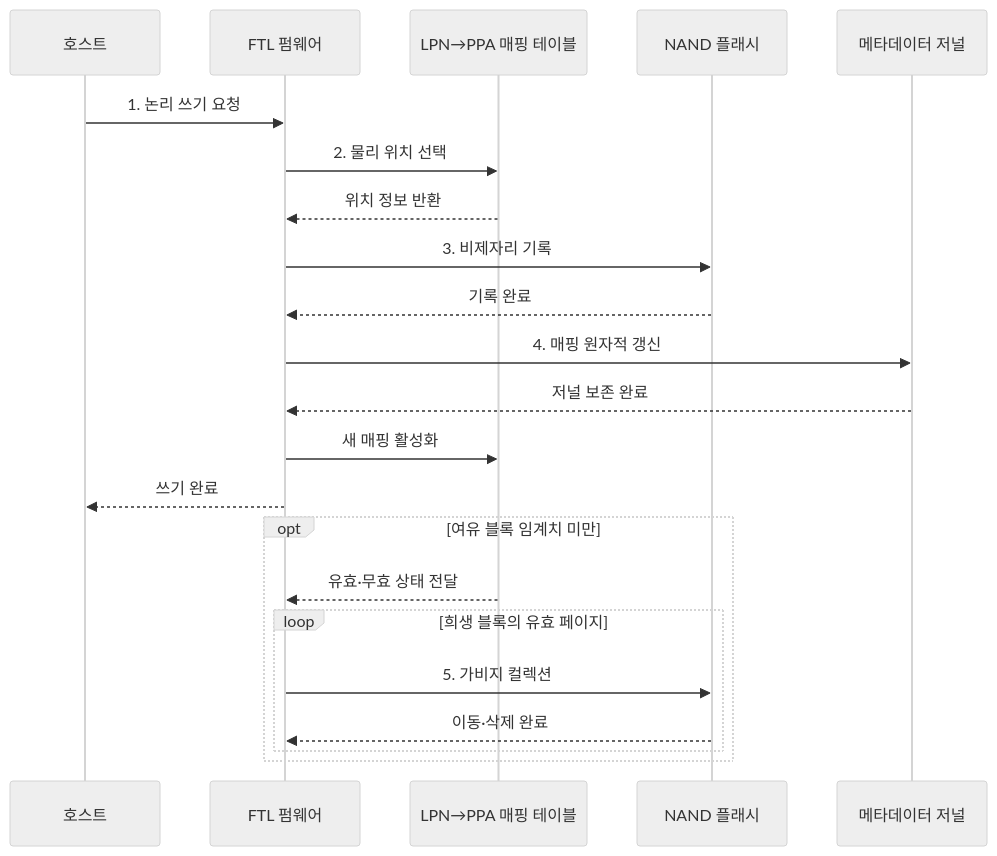
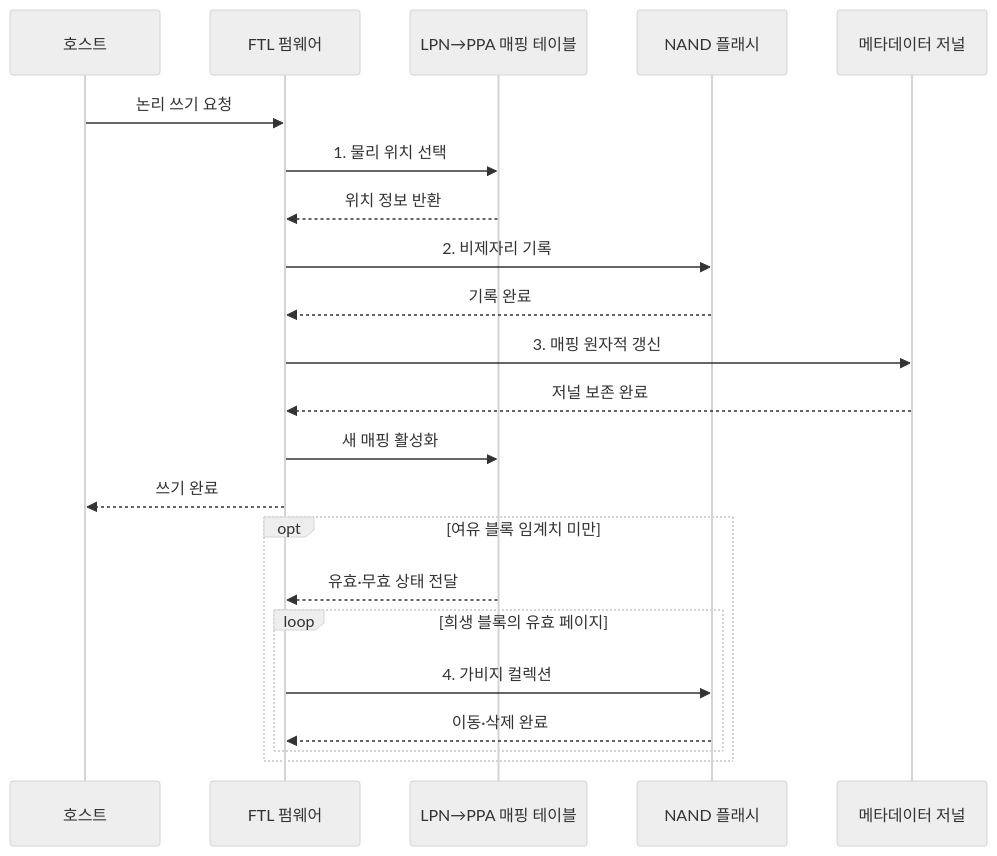
The second of 2 diagrams in src/content/docs/notes/02-hardware/030_ssd_ftl.md (agnusdei1207/knowledge-base), drawn with Mermaid (neutral theme) before and after one commit. The commit also changed other lines of this file and 20 other files, not shown here.

````diff
--- a/src/content/docs/notes/02-hardware/030_ssd_ftl.md
+++ b/src/content/docs/notes/02-hardware/030_ssd_ftl.md
@@ -96,25 +96,25 @@
 ```mermaid
 sequenceDiagram
     participant H as 호스트
     participant F as FTL 펌웨어
     participant M as LPN→PPA 매핑 테이블
     participant N as NAND 플래시
     participant J as 메타데이터 저널
 
-    H->>F: 1. 논리 쓰기 요청
-    F->>M: 2. 물리 위치 선택
+    H->>F: 논리 쓰기 요청
+    F->>M: 1. 물리 위치 선택
     M-->>F: 위치 정보 반환
-    F->>N: 3. 비제자리 기록
+    F->>N: 2. 비제자리 기록
     N-->>F: 기록 완료
-    F->>J: 4. 매핑 원자적 갱신
+    F->>J: 3. 매핑 원자적 갱신
     J-->>F: 저널 보존 완료
     F->>M: 새 매핑 활성화
     F-->>H: 쓰기 완료
     opt 여유 블록 임계치 미만
         M-->>F: 유효·무효 상태 전달
         loop 희생 블록의 유효 페이지
-            F->>N: 5. 가비지 컬렉션
+            F->>N: 4. 가비지 컬렉션
             N-->>F: 이동·삭제 완료
         end
     end
 ```
````
